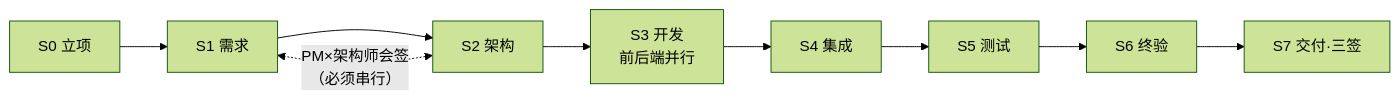
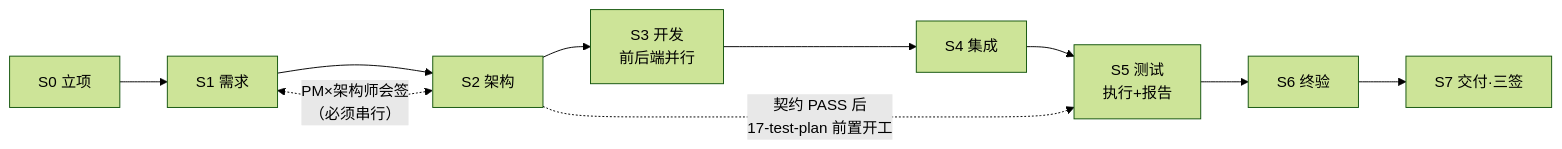
Before and after one commit to kimi0hhhh/project-orchestrator-skill: the first of 2 diagrams in docs/ARCHITECTURE.md, drawn with Mermaid (forest theme). The commit also changed other lines of this file and 16 other files, not shown here.

````diff
--- a/docs/ARCHITECTURE.md
+++ b/docs/ARCHITECTURE.md
@@ -39,5 +39,6 @@
 ```mermaid
 flowchart LR
-    S0["S0 立项"] --> S1["S1 需求"] --> S2["S2 架构"] --> S3["S3 开发<br/>前后端并行"] --> S4["S4 集成"] --> S5["S5 测试"] --> S6["S6 终验"] --> S7["S7 交付·三签"]
+    S0["S0 立项"] --> S1["S1 需求"] --> S2["S2 架构"] --> S3["S3 开发<br/>前后端并行"] --> S4["S4 集成"] --> S5["S5 测试<br/>执行+报告"] --> S6["S6 终验"] --> S7["S7 交付·三签"]
     S2 <-."PM×架构师会签<br/>（必须串行）".-> S1
+    S2 -.->|"契约 PASS 后<br/>17-test-plan 前置开工"| S5
 ```
````
